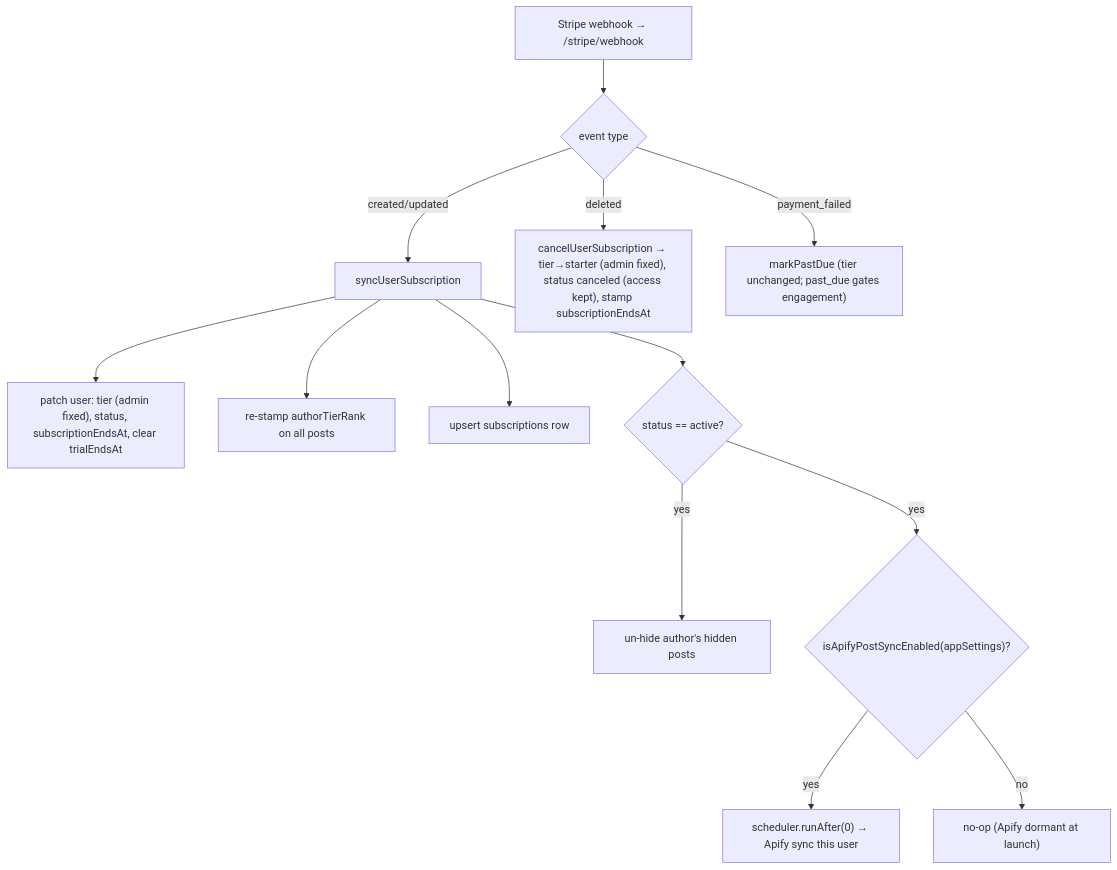
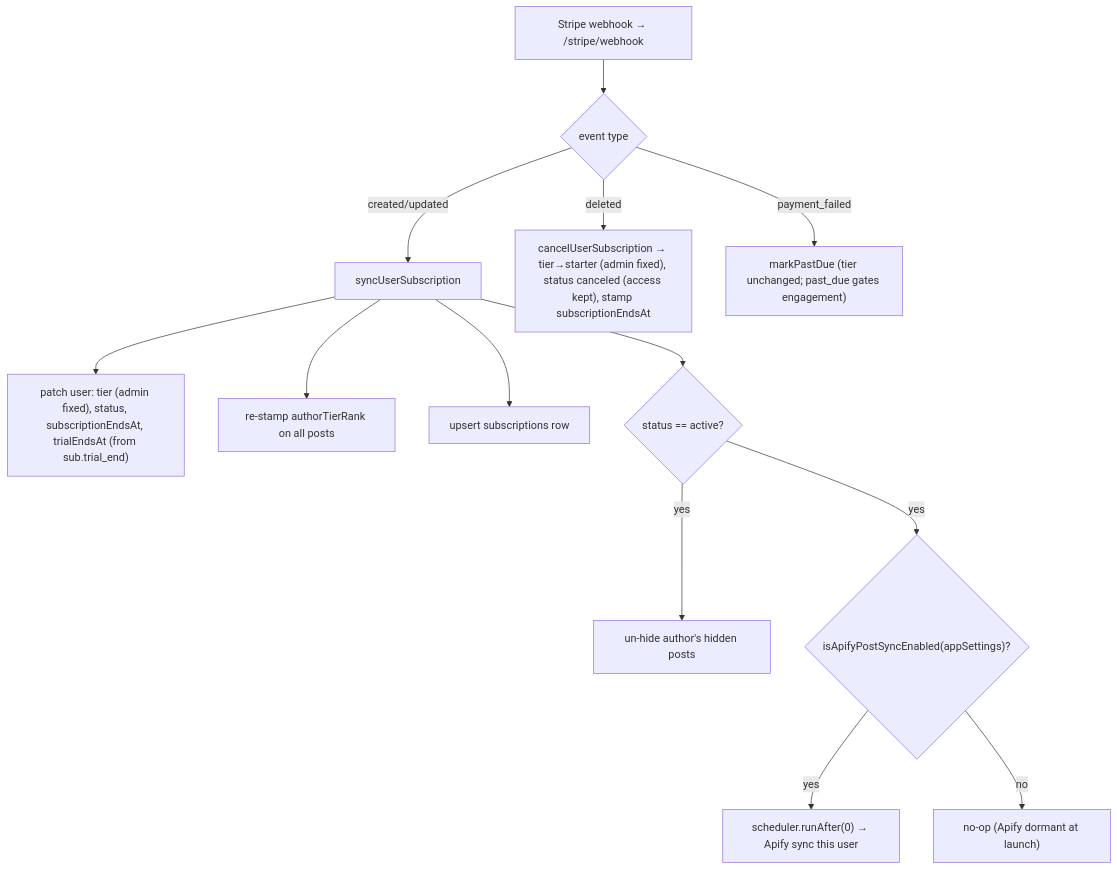
The sixth of 21 diagrams in docs/PLATFORM.md (henriko202/glowing-octo-guide), drawn with Mermaid before and after one commit. The commit also changed other lines of this file and 29 other files, not shown here.

````diff
--- a/docs/PLATFORM.md
+++ b/docs/PLATFORM.md
@@ -912,15 +948,15 @@
 ```mermaid
 flowchart TD
   W["Stripe webhook → /stripe/webhook"] --> T{"event type"}
   T -->|created/updated| SYNC["syncUserSubscription"]
-  SYNC --> P1["patch user: tier (admin fixed), status, subscriptionEndsAt, clear trialEndsAt"]
+  SYNC --> P1["patch user: tier (admin fixed), status, subscriptionEndsAt, trialEndsAt (from sub.trial_end)"]
   SYNC --> P2["re-stamp authorTierRank on all posts"]
   SYNC --> P3["upsert subscriptions row"]
   SYNC --> ACT{"status == active?"}
   ACT -->|yes| U1["un-hide author's hidden posts"]
   ACT -->|yes| G{"isApifyPostSyncEnabled(appSettings)?"}
   G -->|yes| U2["scheduler.runAfter(0) → Apify sync this user"]
   G -->|no| NOOP["no-op (Apify dormant at launch)"]
   T -->|deleted| CAN["cancelUserSubscription → tier→starter (admin fixed), status canceled (access kept), stamp subscriptionEndsAt"]
   T -->|payment_failed| PD["markPastDue (tier unchanged; past_due gates engagement)"]
 ```
````
